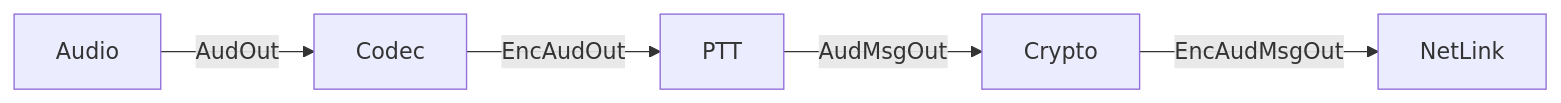
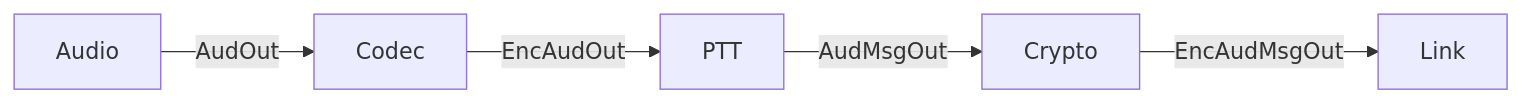
The fourth of 6 diagrams in Architecture.md (fluffy/bare-rust), drawn with Mermaid before and after one commit. The commit also changed other lines of this file and 6 other files, not shown here.

Commit message:
Rename NetLink to Link

````diff
--- a/Architecture.md
+++ b/Architecture.md
@@ -99,7 +99,7 @@
 ```mermaid
 flowchart LR
     A[Audio] -->|AudOut| B[Codec]
     B -->|EncAudOut| C[PTT]
     C -->|AudMsgOut| D[Crypto]
-    D -->|EncAudMsgOut| F[NetLink]
+    D -->|EncAudMsgOut| F[Link]
 ```
````
